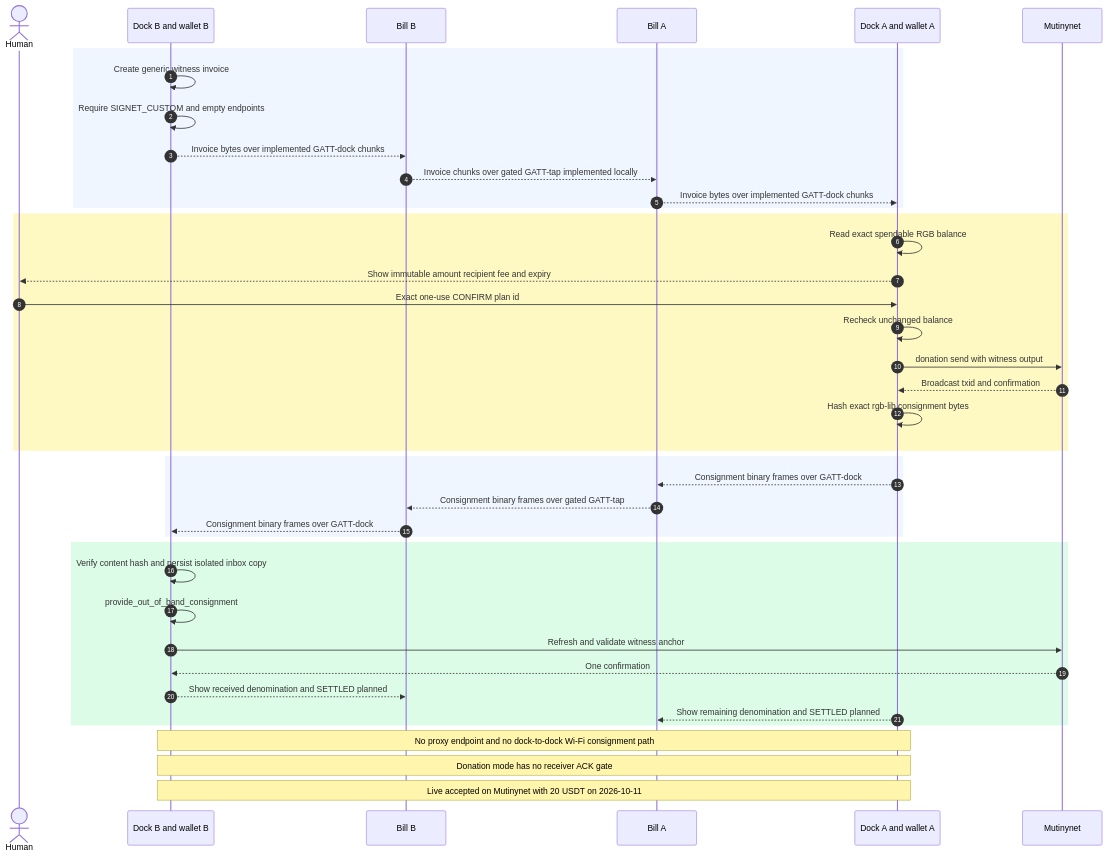
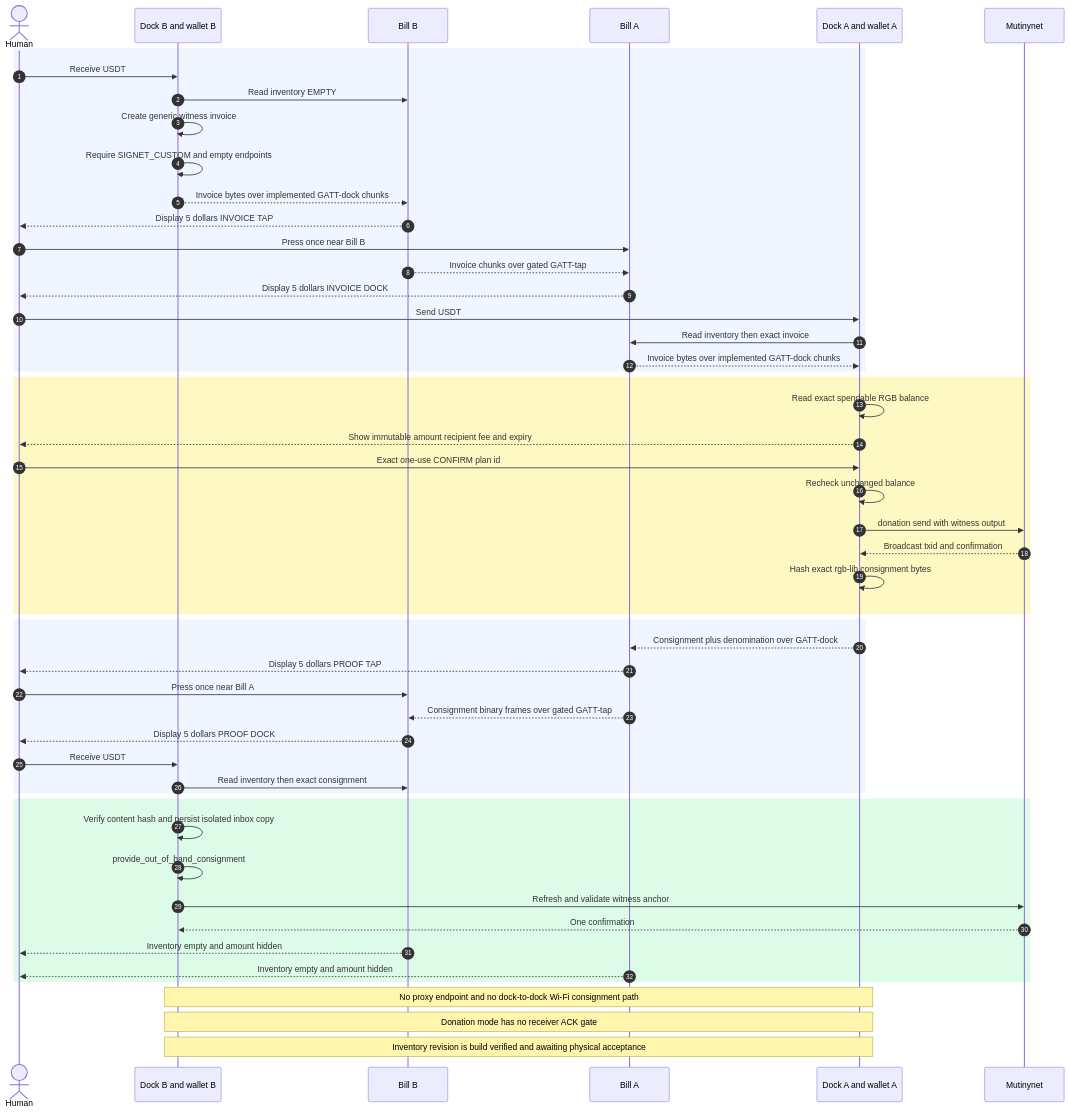
Before and after one commit to EdwinKestler/bill: the diagram in docs/diagrams/src/03-rgb-transfer-sequence.mmd, drawn with Mermaid. The commit also changed 44 other files, not shown here.

First line of the commit message:
Add bill inventory, tap metadata v2, and dock device registry

```diff
--- a/docs/diagrams/src/03-rgb-transfer-sequence.mmd
+++ b/docs/diagrams/src/03-rgb-transfer-sequence.mmd
@@ -1,45 +1,56 @@
 sequenceDiagram
     autonumber
     actor human as Human
     participant dockB as Dock B and wallet B
     participant billB as Bill B
     participant billA as Bill A
     participant dockA as Dock A and wallet A
     participant chain as Mutinynet
 
     rect rgb(239, 246, 255)
+        human->>dockB: Receive USDT
+        dockB->>billB: Read inventory EMPTY
         dockB->>dockB: Create generic witness invoice
         dockB->>dockB: Require SIGNET_CUSTOM and empty endpoints
         dockB-->>billB: Invoice bytes over implemented GATT-dock chunks
-        billB-->>billA: Invoice chunks over gated GATT-tap implemented locally
+        billB-->>human: Display 5 dollars INVOICE TAP
+        human->>billA: Press once near Bill B
+        billB-->>billA: Invoice chunks over gated GATT-tap
+        billA-->>human: Display 5 dollars INVOICE DOCK
+        human->>dockA: Send USDT
+        dockA->>billA: Read inventory then exact invoice
         billA-->>dockA: Invoice bytes over implemented GATT-dock chunks
     end
 
     rect rgb(254, 249, 195)
         dockA->>dockA: Read exact spendable RGB balance
         dockA-->>human: Show immutable amount recipient fee and expiry
         human->>dockA: Exact one-use CONFIRM plan id
         dockA->>dockA: Recheck unchanged balance
         dockA->>chain: donation send with witness output
         chain-->>dockA: Broadcast txid and confirmation
         dockA->>dockA: Hash exact rgb-lib consignment bytes
     end
 
     rect rgb(239, 246, 255)
-        dockA-->>billA: Consignment binary frames over GATT-dock
+        dockA-->>billA: Consignment plus denomination over GATT-dock
+        billA-->>human: Display 5 dollars PROOF TAP
+        human->>billB: Press once near Bill A
         billA-->>billB: Consignment binary frames over gated GATT-tap
-        billB-->>dockB: Consignment binary frames over GATT-dock
+        billB-->>human: Display 5 dollars PROOF DOCK
+        human->>dockB: Receive USDT
+        dockB->>billB: Read inventory then exact consignment
     end
 
     rect rgb(220, 252, 231)
         dockB->>dockB: Verify content hash and persist isolated inbox copy
         dockB->>dockB: provide_out_of_band_consignment
         dockB->>chain: Refresh and validate witness anchor
         chain-->>dockB: One confirmation
-        dockB-->>billB: Show received denomination and SETTLED planned
-        dockA-->>billA: Show remaining denomination and SETTLED planned
+        billB-->>human: Inventory empty and amount hidden
+        billA-->>human: Inventory empty and amount hidden
     end
 
     Note over dockA,dockB: No proxy endpoint and no dock-to-dock Wi-Fi consignment path
     Note over dockA,dockB: Donation mode has no receiver ACK gate
-    Note over dockA,dockB: Live accepted on Mutinynet with 20 USDT on 2026-10-11
+    Note over dockA,dockB: Inventory revision is build verified and awaiting physical acceptance
```
